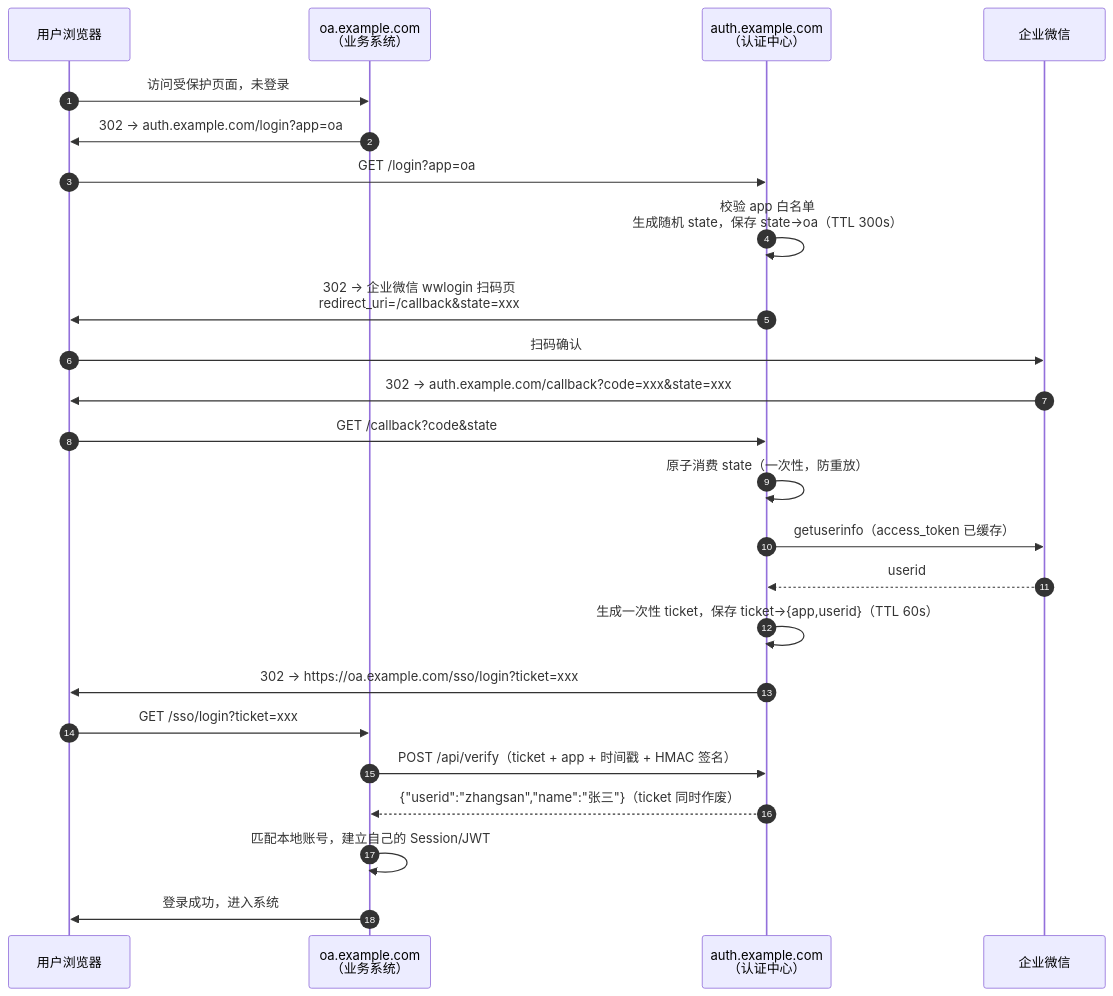
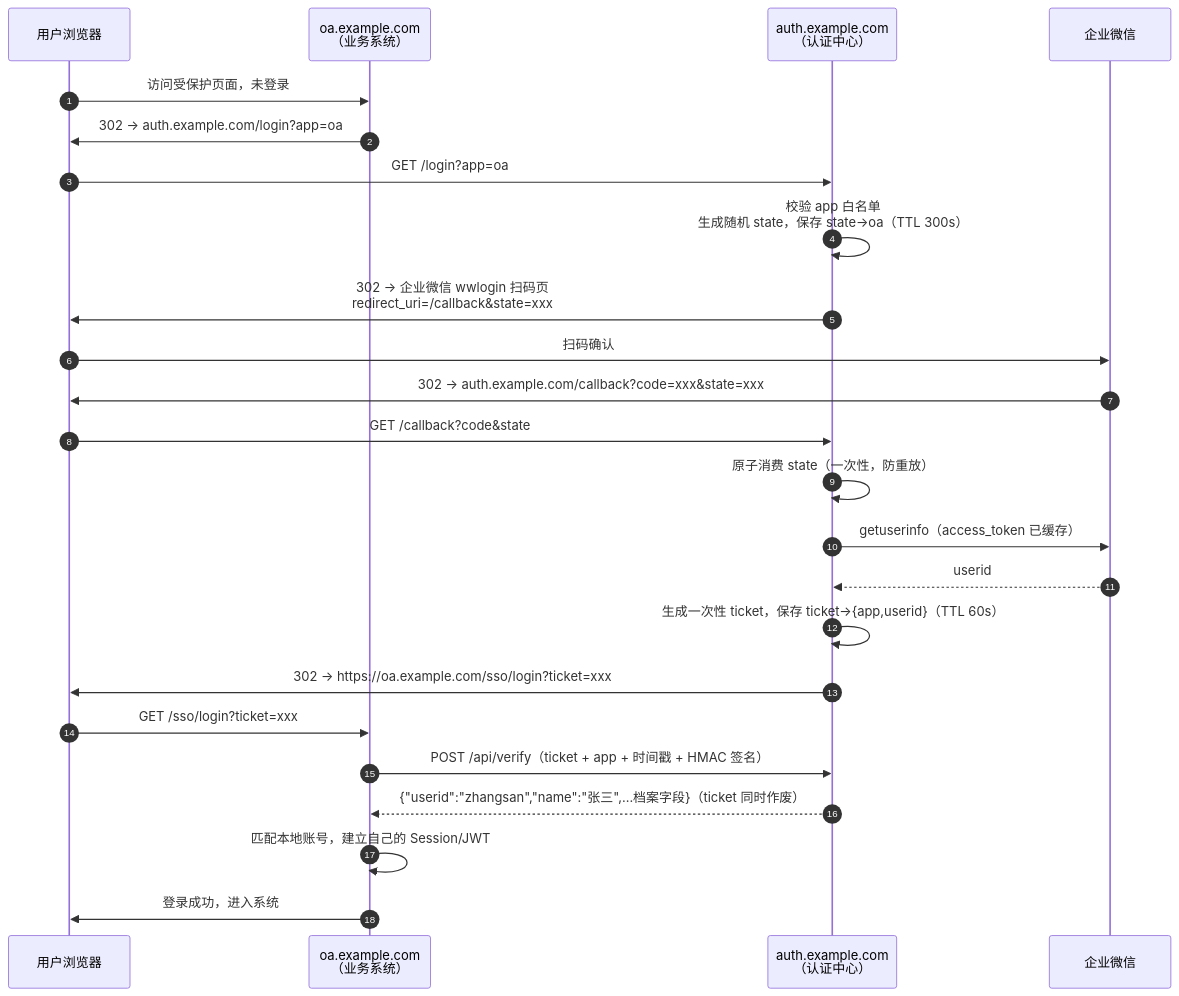
One commit to zyx3721/wecom-auth-center changed the diagram in docs/architecture.md. Above: the diagram before and after it, drawn with Mermaid. The commit also changed other lines of this file and 17 other files, not shown here.

````diff
--- a/docs/architecture.md
+++ b/docs/architecture.md
@@ -5,27 +5,27 @@
 ```mermaid
 sequenceDiagram
     autonumber
     participant U as 用户浏览器
     participant A as oa.example.com<br/>（业务系统）
     participant Auth as auth.example.com<br/>（认证中心）
     participant W as 企业微信
 
     U->>A: 访问受保护页面，未登录
     A->>U: 302 → auth.example.com/login?app=oa
     U->>Auth: GET /login?app=oa
     Auth->>Auth: 校验 app 白名单<br/>生成随机 state，保存 state→oa（TTL 300s）
     Auth->>U: 302 → 企业微信 wwlogin 扫码页<br/>redirect_uri=/callback&state=xxx
     U->>W: 扫码确认
     W->>U: 302 → auth.example.com/callback?code=xxx&state=xxx
     U->>Auth: GET /callback?code&state
     Auth->>Auth: 原子消费 state（一次性，防重放）
     Auth->>W: getuserinfo（access_token 已缓存）
     W-->>Auth: userid
     Auth->>Auth: 生成一次性 ticket，保存 ticket→{app,userid}（TTL 60s）
     Auth->>U: 302 → https://oa.example.com/sso/login?ticket=xxx
     U->>A: GET /sso/login?ticket=xxx
     A->>Auth: POST /api/verify（ticket + app + 时间戳 + HMAC 签名）
-    Auth-->>A: {"userid":"zhangsan","name":"张三"}（ticket 同时作废）
+    Auth-->>A: {"userid":"zhangsan","name":"张三",...档案字段}（ticket 同时作废）
     A->>A: 匹配本地账号，建立自己的 Session/JWT
     A->>U: 登录成功，进入系统
 ```
````
